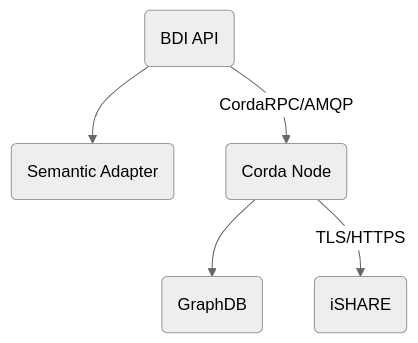
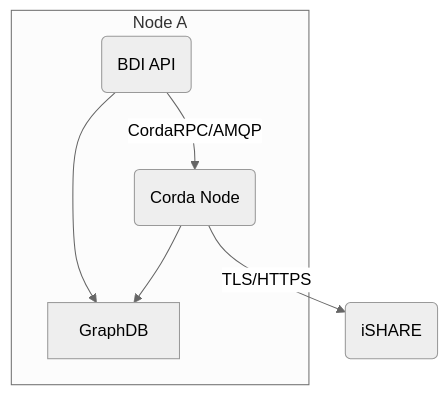
Before and after one commit to federatedplatforms/Docker-BDI-Node: the diagram in README.md, drawn with Mermaid (neutral theme). The commit also changed other lines of this file and 4 other files, not shown here.

````diff
--- a/README.md
+++ b/README.md
@@ -13,7 +13,9 @@
 ```mermaid
 graph TD
-    API(BDI API) --> SEM(Semantic Adapter)
+    subgraph Node A
+    API(BDI API) --> GraphDB
     API(BDI API) -- CordaRPC/AMQP --> CORDA(Corda Node)
-    CORDA --> GRAPHDB(GraphDB)
+    CORDA --> GraphDB
+    end
     CORDA -- TLS/HTTPS --> ISHARE(iSHARE)
 ```
````
